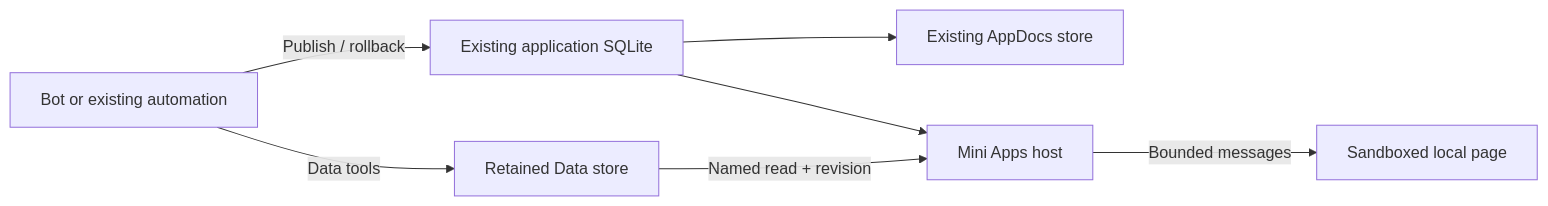
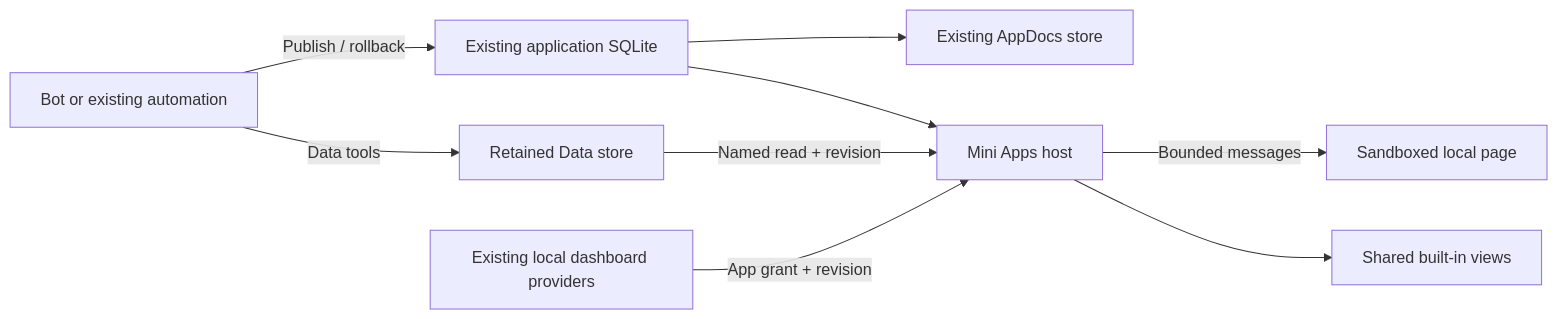
The diagram in docs/mini-apps.md (MashellHan/mymausbot), drawn with Mermaid before and after one commit. The commit also changed other lines of this file and 1 other file, not shown here.

Commit message:
Document built-in dashboard Mini Apps and isolated validation

````diff
--- a/docs/mini-apps.md
+++ b/docs/mini-apps.md
@@ -94,9 +140,11 @@
 ```mermaid
 flowchart LR
   Bot[Bot or existing automation] -->|Data tools| DuckDB[Retained Data store]
   Bot -->|Publish / rollback| Catalog[Existing application SQLite]
   Catalog --> Docs[Existing AppDocs store]
   Catalog --> Host[Mini Apps host]
   DuckDB -->|Named read + revision| Host
   Host -->|Bounded messages| Frame[Sandboxed local page]
+  Providers[Existing local dashboard providers] -->|App grant + revision| Host
+  Host --> Views[Shared built-in views]
 ```
````
